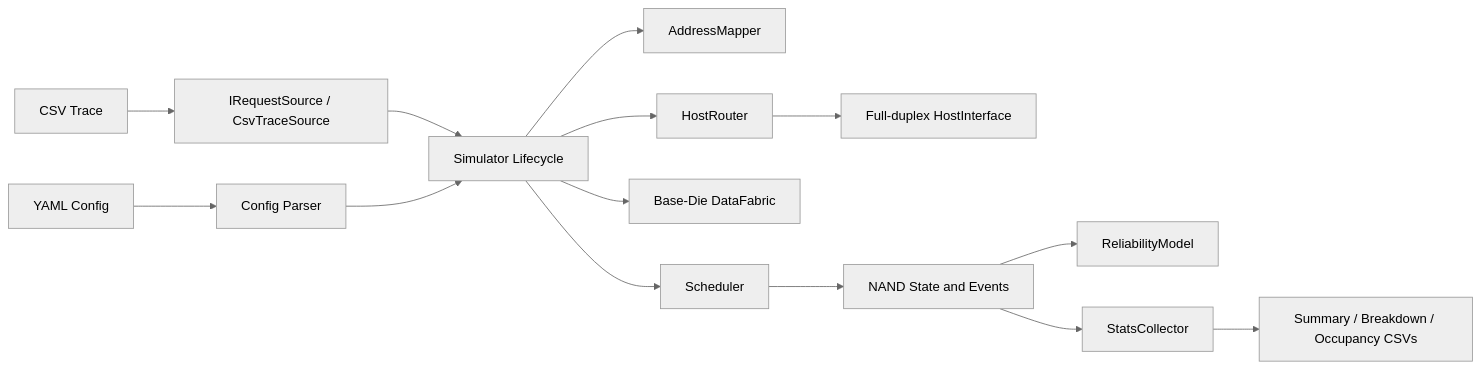
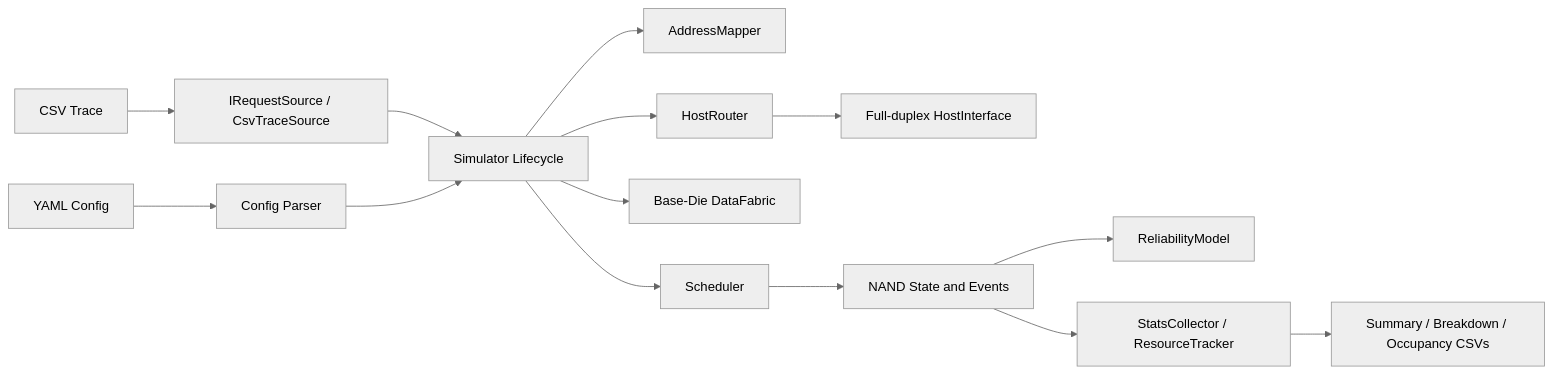
Before and after one commit to litao1991/hbfsim: the first of 3 diagrams in docs/ARCHITECTURE.md, drawn with Mermaid (neutral theme). The commit also changed other lines of this file and 22 other files, not shown here.

````diff
--- a/docs/ARCHITECTURE.md
+++ b/docs/ARCHITECTURE.md
@@ -17,16 +17,16 @@
 ```mermaid
 flowchart LR
     T[CSV Trace] --> TR[IRequestSource / CsvTraceSource]
     C[YAML Config] --> CR[Config Parser]
     TR --> S[Simulator Lifecycle]
     CR --> S
     S --> M[AddressMapper]
     S --> HR[HostRouter]
     HR --> H[Full-duplex HostInterface]
     S --> F[Base-Die DataFabric]
     S --> Q[Scheduler]
     Q --> N[NAND State and Events]
     N --> R[ReliabilityModel]
-    N --> ST[StatsCollector]
+    N --> ST[StatsCollector / ResourceTracker]
     ST --> O[Summary / Breakdown / Occupancy CSVs]
 ```
````
